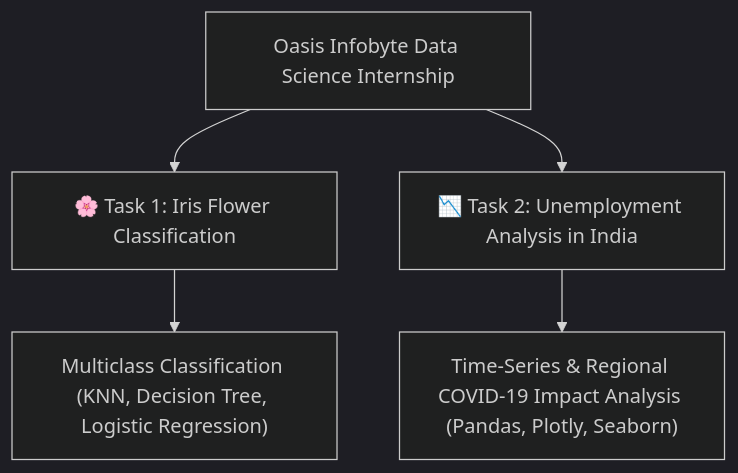
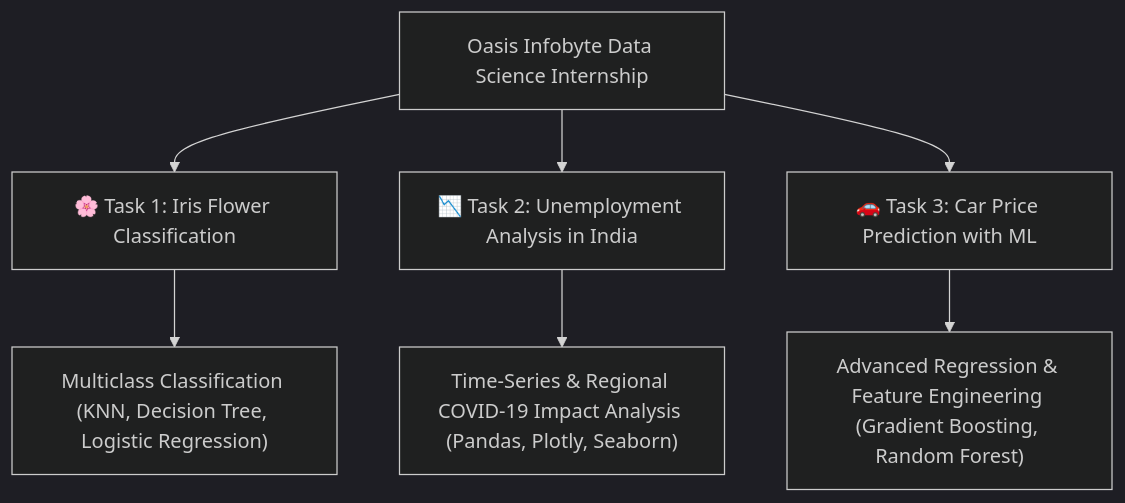
One commit to kunalnevage10-lgtm/OIBSIP changed the diagram in README.md. Above: the diagram before and after it, drawn with Mermaid (dark theme). The commit also changed other lines of this file and 16 other files, not shown here.

Commit message:
Add Task 3: Car Price Prediction with Machine Learning and update README

````diff
--- a/README.md
+++ b/README.md
@@ -17,9 +17,11 @@
 ```mermaid
 flowchart TD
     OIBSIP["Oasis Infobyte Data Science Internship"]
     OIBSIP --> Task1["🌸 Task 1: Iris Flower Classification"]
     OIBSIP --> Task2["📉 Task 2: Unemployment Analysis in India"]
+    OIBSIP --> Task3["🚗 Task 3: Car Price Prediction with ML"]
 
     Task1 --> ML["Multiclass Classification (KNN, Decision Tree, Logistic Regression)"]
     Task2 --> EDA["Time-Series & Regional COVID-19 Impact Analysis (Pandas, Plotly, Seaborn)"]
+    Task3 --> REG["Advanced Regression & Feature Engineering (Gradient Boosting, Random Forest)"]
 ```
````
